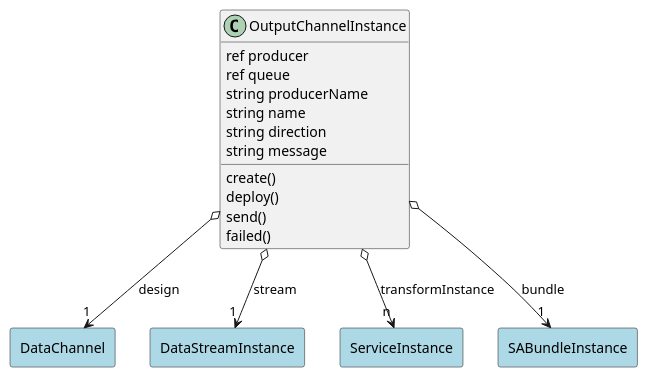
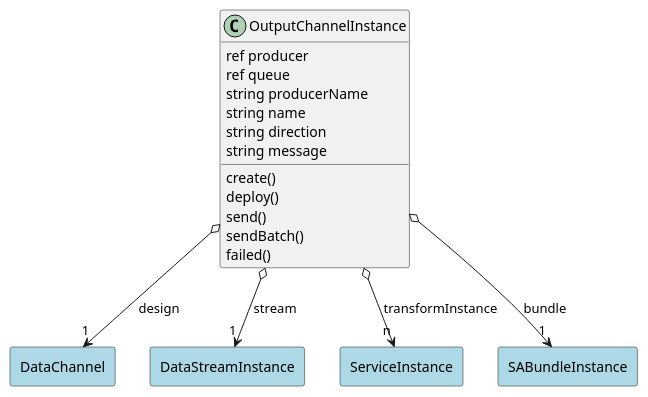
One commit to madajaju/sabr changed the diagram in docs/sabr/diml/dsm/models/outputchannelinstance/logical.puml. Above: the diagram before and after it, drawn with PlantUML. The commit also changed 572 other files, not shown here.

```diff
--- a/docs/sabr/diml/dsm/models/outputchannelinstance/logical.puml
+++ b/docs/sabr/diml/dsm/models/outputchannelinstance/logical.puml
@@ -1,45 +1,46 @@
 @startuml
 
 class "OutputChannelInstance" as Model {
  ref producer
  ref queue
  string producerName
  string name
  string direction
  string message
 
  create()
  deploy()
  send()
+ sendBatch()
  failed()
  
 }
 
 rectangle "DataChannel" as DataChannel #lightblue {
 }
 
 Model o--> "1" DataChannel : design
 
 
 rectangle "DataStreamInstance" as DataStreamInstance #lightblue {
 }
 
 Model o--> "1" DataStreamInstance : stream
 
 
 rectangle "ServiceInstance" as ServiceInstance #lightblue {
 }
 
 Model o--> "n" ServiceInstance : transformInstance
 
 
 rectangle "SABundleInstance" as SABundleInstance #lightblue {
 }
 
 Model o--> "1" SABundleInstance : bundle
 
 
 
 
 
 @enduml
```
